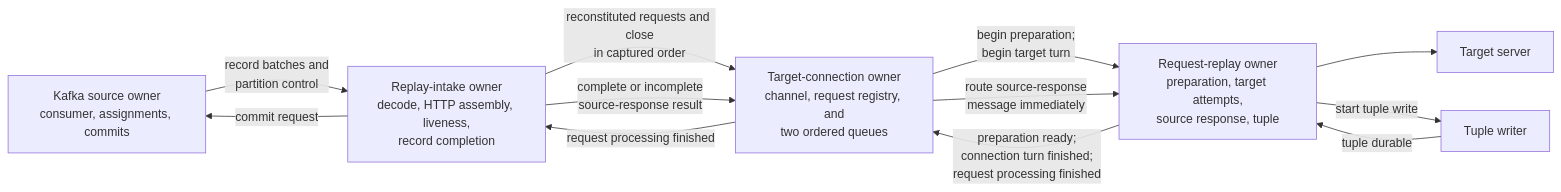
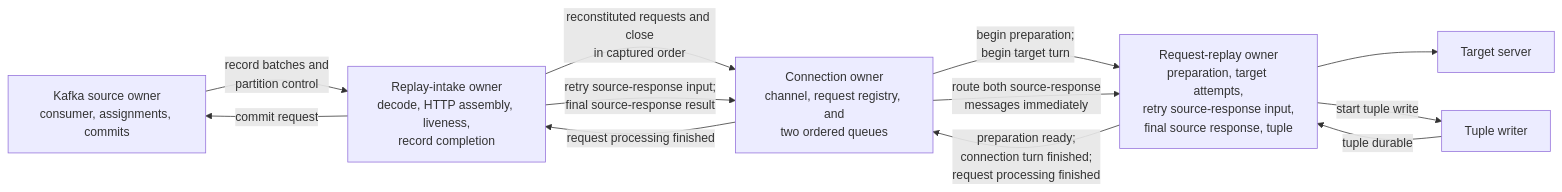
One commit to opensearch-project/opensearch-migrations changed the first of 4 diagrams in docs/replayerProcessingAndCommitArchitecture.md. Above: the diagram before and after it, drawn with Mermaid. The commit also changed other lines of this file and 8 other files, not shown here.

````diff
--- a/docs/replayerProcessingAndCommitArchitecture.md
+++ b/docs/replayerProcessingAndCommitArchitecture.md
@@ -86,21 +90,21 @@
 ```mermaid
 flowchart LR
     Kafka["Kafka source owner<br/>consumer, assignments, commits"]
     Intake["Replay-intake owner<br/>decode, HTTP assembly, liveness,<br/>record completion"]
-    Actor["Target-connection owner<br/>channel, request registry, and<br/>two ordered queues"]
-    Request["Request-replay owner<br/>preparation, target attempts,<br/>source response, tuple"]
+    Actor["Connection owner<br/>channel, request registry, and<br/>two ordered queues"]
+    Request["Request-replay owner<br/>preparation, target attempts,<br/>retry source-response input,<br/>final source response, tuple"]
     Target["Target server"]
     Tuple["Tuple writer"]
 
     Kafka -->|"record batches and<br/>partition control"| Intake
     Intake -->|"reconstituted requests and close<br/>in captured order"| Actor
-    Intake -->|"complete or incomplete<br/>source-response result"| Actor
+    Intake -->|"retry source-response input;<br/>final source-response result"| Actor
     Actor -->|"begin preparation;<br/>begin target turn"| Request
-    Actor -->|"route source-response<br/>message immediately"| Request
+    Actor -->|"route both source-response<br/>messages immediately"| Request
     Request -->|"preparation ready;<br/>connection turn finished;<br/>request processing finished"| Actor
     Request --> Target
     Request -->|"start tuple write"| Tuple
     Tuple -->|"tuple durable"| Request
     Actor -->|"request processing finished"| Intake
     Intake -->|"commit request"| Kafka
 ```
````
